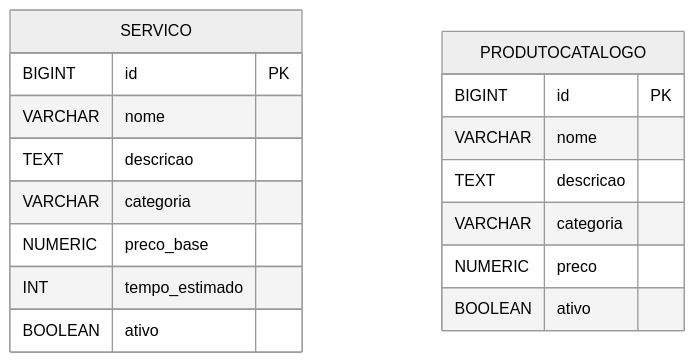
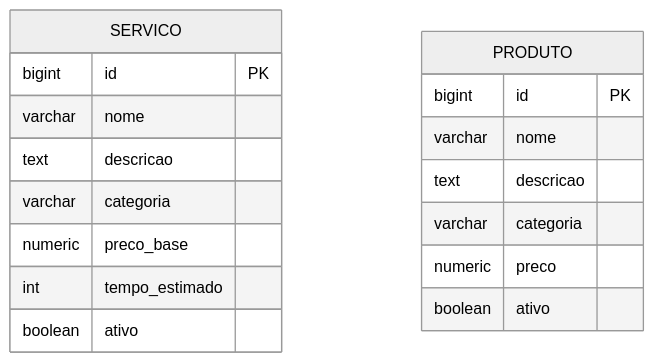
Before and after one commit to fiap-soat-grupo36/infra-database: the fourth of 8 diagrams in docs/diagramas/er-completo.md, drawn with Mermaid (neutral theme). The commit also changed other lines of this file, not shown here.

Commit message:
fix: diagramas ER compatíveis com GitHub

````diff
--- a/docs/diagramas/er-completo.md
+++ b/docs/diagramas/er-completo.md
@@ -236,21 +236,21 @@
 ```mermaid
 erDiagram
     SERVICO {
-        BIGINT id PK
-        VARCHAR nome
-        TEXT descricao
-        VARCHAR categoria
-        NUMERIC preco_base
-        INT tempo_estimado
-        BOOLEAN ativo
+        bigint id PK
+        varchar nome
+        text descricao
+        varchar categoria
+        numeric preco_base
+        int tempo_estimado
+        boolean ativo
     }
 
-    PRODUTOCATALOGO {
-        BIGINT id PK
-        VARCHAR nome
-        TEXT descricao
-        VARCHAR categoria
-        NUMERIC preco
-        BOOLEAN ativo
+    PRODUTO {
+        bigint id PK
+        varchar nome
+        text descricao
+        varchar categoria
+        numeric preco
+        boolean ativo
     }
 ```
````
